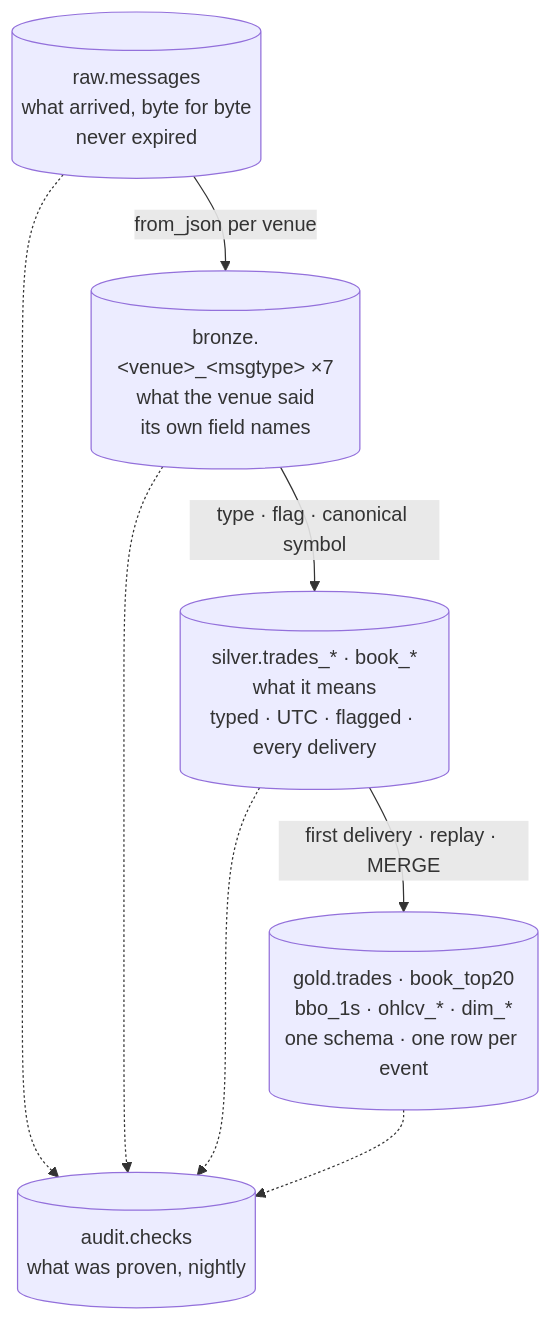
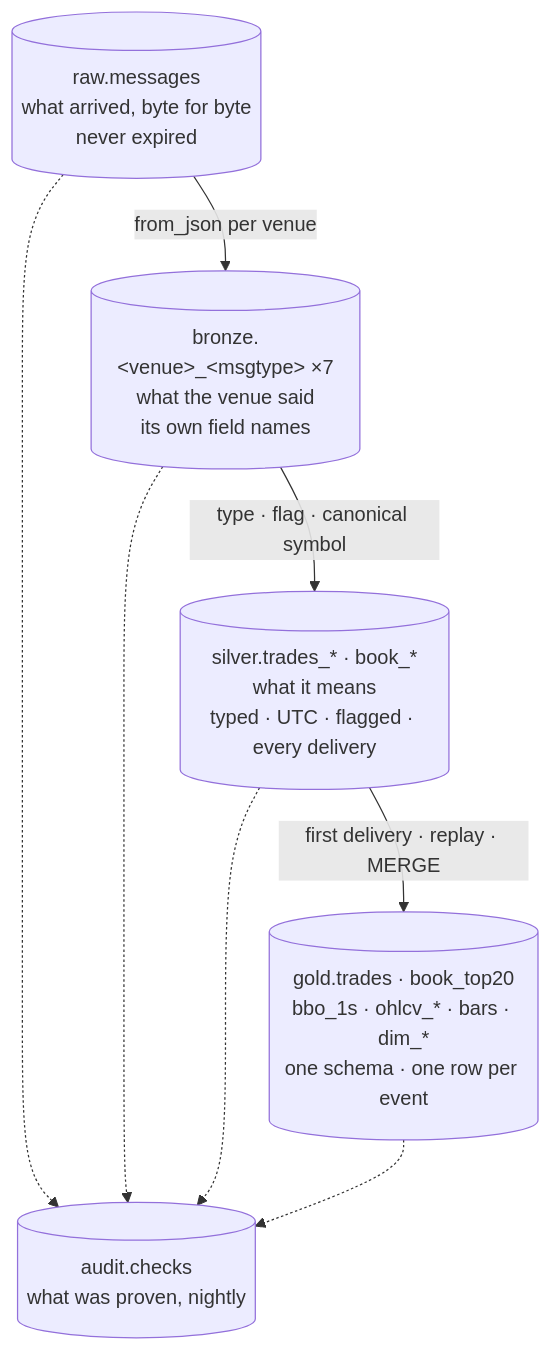
The diagram in docs/architecture/09-lake-layers.md (rjdscott/k2-market-data-platform), drawn with Mermaid before and after one commit. The commit also changed other lines of this file and 23 other files, not shown here.

First line of the commit message:
feat(lake): gold.bars — tick/volume/dollar event bars at one canonical threshold per symbol, served from ClickHouse, three-way parity at tolerance zero (#114)

````diff
--- a/docs/architecture/09-lake-layers.md
+++ b/docs/architecture/09-lake-layers.md
@@ -47,12 +47,12 @@
 ```mermaid
 flowchart TB
   RAW[("raw.messages<br/>what arrived, byte for byte<br/>never expired")]
   BR[("bronze.&lt;venue&gt;_&lt;msgtype&gt; ×7<br/>what the venue said<br/>its own field names")]
   SV[("silver.trades_* · book_*<br/>what it means<br/>typed · UTC · flagged · every delivery")]
-  GD[("gold.trades · book_top20<br/>bbo_1s · ohlcv_* · dim_*<br/>one schema · one row per event")]
+  GD[("gold.trades · book_top20<br/>bbo_1s · ohlcv_* · bars · dim_*<br/>one schema · one row per event")]
   AU[("audit.checks<br/>what was proven, nightly")]
   RAW -->|"from_json per venue"| BR
   BR -->|"type · flag · canonical symbol"| SV
   SV -->|"first delivery · replay · MERGE"| GD
   RAW & BR & SV & GD -.-> AU
 ```
````
